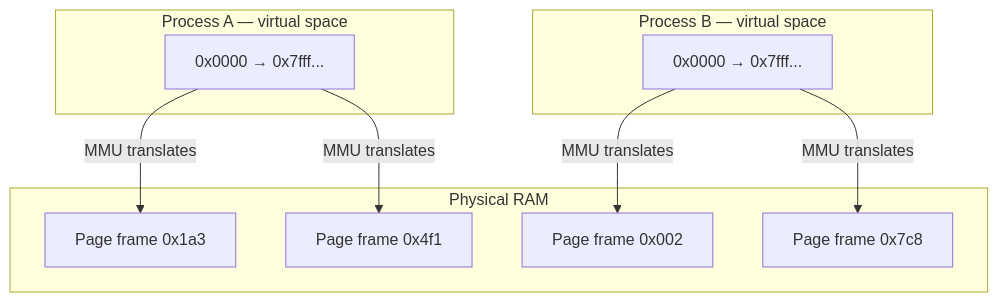
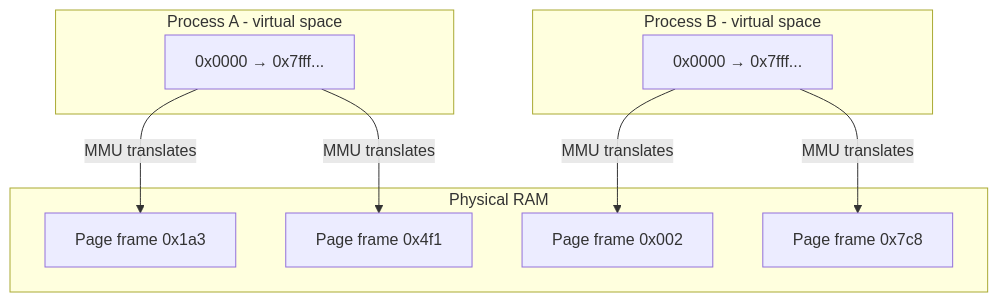
Before and after one commit to ValentinTorassa/Linux-Study-Notes-VT: the first of 2 diagrams in linux-notes/01-big-picture/kernel-overview.md, drawn with Mermaid. The commit also changed other lines of this file and 7 other files, not shown here.

````diff
--- a/linux-notes/01-big-picture/kernel-overview.md
+++ b/linux-notes/01-big-picture/kernel-overview.md
@@ -30,19 +30,19 @@
 ```mermaid
 graph TD
-    subgraph "Process A — virtual space"
+    subgraph "Process A - virtual space"
         VA["0x0000 → 0x7fff..."]
     end
-    subgraph "Process B — virtual space"
+    subgraph "Process B - virtual space"
         VB["0x0000 → 0x7fff..."]
     end
     subgraph "Physical RAM"
         P1["Page frame 0x1a3"]
         P2["Page frame 0x4f1"]
         P3["Page frame 0x002"]
         P4["Page frame 0x7c8"]
     end
     VA -->|"MMU translates"| P1
     VA -->|"MMU translates"| P2
     VB -->|"MMU translates"| P3
     VB -->|"MMU translates"| P4
 ```
````
